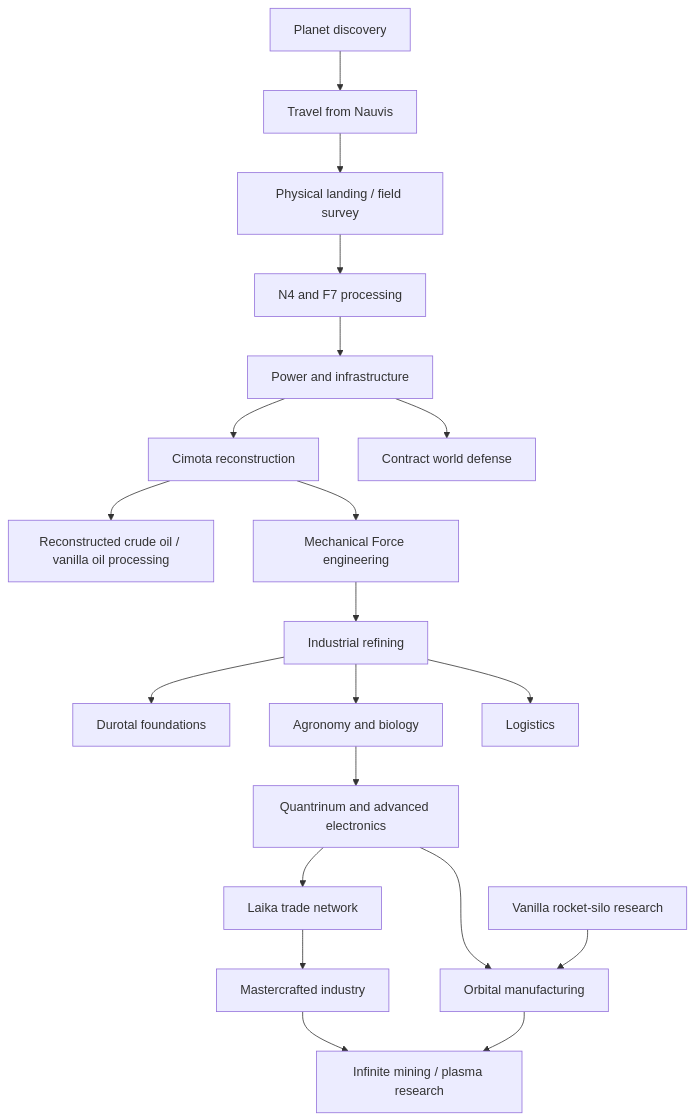
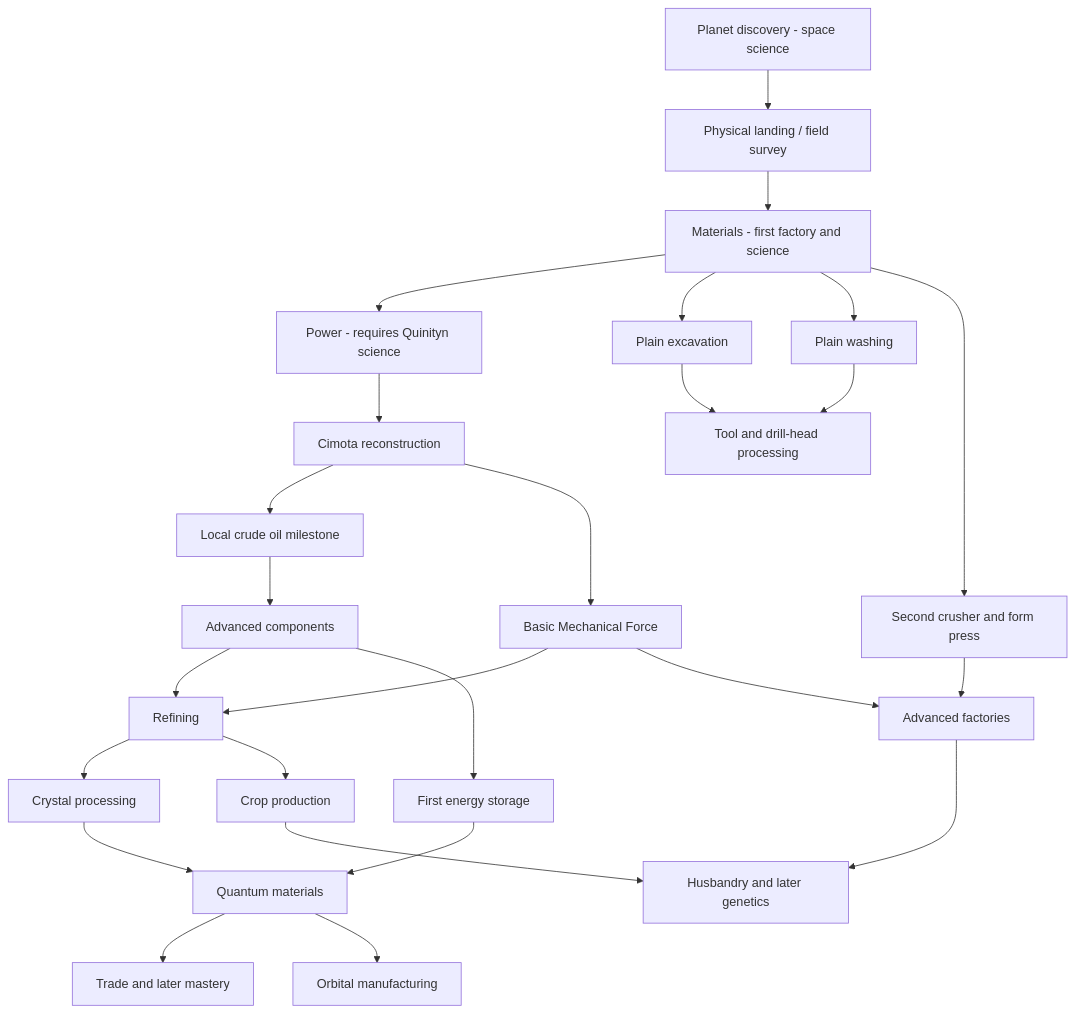
The diagram in docs/progression.md (jatmn/yuoki-quinityn), drawn with Mermaid before and after one commit. The commit also changed other lines of this file and 17 other files, not shown here.

Commit message:
Stage Yuoki research behind discovery and separate production upgrades

````diff
--- a/docs/progression.md
+++ b/docs/progression.md
@@ -28,22 +28,28 @@
 ```mermaid
 flowchart TD
-  Discovery[Planet discovery] --> Travel[Travel from Nauvis]
-  Travel --> Arrival[Physical landing / field survey]
-  Arrival --> Materials[N4 and F7 processing]
-  Materials --> Power[Power and infrastructure]
+  Discovery[Planet discovery - space science] --> Arrival[Physical landing / field survey]
+  Arrival --> Materials[Materials - first factory and science]
+  Materials --> Power[Power - requires Quinityn science]
+  Materials --> Excavation[Plain excavation]
+  Materials --> Washing[Plain washing]
+  Excavation --> Tooling[Tool and drill-head processing]
+  Washing --> Tooling
+  Materials --> Machining[Second crusher and form press]
   Power --> Cimota[Cimota reconstruction]
-  Power --> Defense[Contract world defense]
-  Cimota --> Oil[Reconstructed crude oil / vanilla oil processing]
-  Cimota --> Engines[Mechanical Force engineering]
-  Engines --> Refining[Industrial refining]
-  Refining --> Foundation[Durotal foundations]
-  Refining --> Agriculture[Agronomy and biology]
-  Refining --> Logistics[Logistics]
-  Agriculture --> Quantum[Quantrinum and advanced electronics]
-  Quantum --> Trade[Laika trade network]
-  Trade --> Mastery[Mastercrafted industry]
+  Cimota --> Oil[Local crude oil milestone]
+  Oil --> Components[Advanced components]
+  Cimota --> Engines[Basic Mechanical Force]
+  Engines --> Refining[Refining]
+  Components --> Refining
+  Refining --> Crystals[Crystal processing]
+  Components --> Storage[First energy storage]
+  Crystals --> Quantum[Quantum materials]
+  Storage --> Quantum
+  Engines --> Factories[Advanced factories]
+  Machining --> Factories
+  Refining --> Crops[Crop production]
+  Crops --> Animals[Husbandry and later genetics]
+  Factories --> Animals
+  Quantum --> Trade[Trade and later mastery]
   Quantum --> Orbital[Orbital manufacturing]
-  VanillaRocket[Vanilla rocket-silo research] --> Orbital
-  Mastery --> Infinite[Infinite mining / plasma research]
-  Orbital --> Infinite
 ```
````
